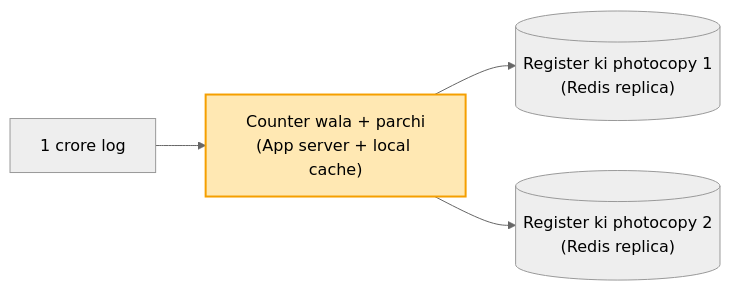
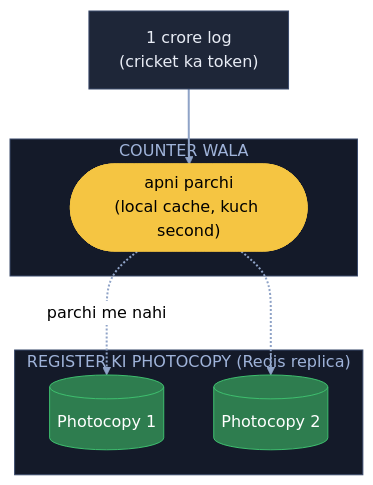
Before and after one commit to ArpanMaheshwari144/Prep: diagram 11 of 13 in 04_HLD/SYSTEM_DESIGNS/01_url_shortener/01_url_shortener.md, drawn with Mermaid (neutral theme). The commit also changed other lines of this file, not shown here.

Commit message:
URL shortener: 13 diagram YouTube (reel) wale card andaaz me

````diff
--- a/04_HLD/SYSTEM_DESIGNS/01_url_shortener/01_url_shortener.md
+++ b/04_HLD/SYSTEM_DESIGNS/01_url_shortener/01_url_shortener.md
@@ -231,7 +345,21 @@
 ```mermaid
-flowchart LR
-    U["1 crore log"] --> C["Counter wala + parchi<br/>(App server + local cache)"]
-    C --> R1[("Register ki photocopy 1<br/>(Redis replica)")]
-    C --> R2[("Register ki photocopy 2<br/>(Redis replica)")]
-    style C fill:#ffe8b3,stroke:#f59f00,stroke-width:2px,color:#000
+flowchart TB
+    U["1 crore log<br/>(cricket ka token)"]:::card
+    subgraph C["COUNTER WALA"]
+        P(["apni parchi<br/>(local cache, kuch second)"]):::pill
+    end
+    subgraph RP["REGISTER KI PHOTOCOPY (Redis replica)"]
+        R1[("Photocopy 1")]:::good
+        R2[("Photocopy 2")]:::good
+    end
+    U --> P
+    P -. "parchi me nahi" .-> R1
+    P -.-> R2
+    linkStyle default stroke:#8fa3c7,stroke-width:2px
+    classDef card fill:#1e2638,stroke:#3a4a6b,color:#e8ecf5
+    classDef pill fill:#f5c542,stroke:#f5c542,color:#000
+    classDef good fill:#2e7d4f,stroke:#3fbf6f,color:#fff
+    classDef bad fill:#5c1f24,stroke:#e05561,color:#fff
+    style C fill:#141a29,stroke:#3a4a6b,color:#9fb3d9
+    style RP fill:#141a29,stroke:#3a4a6b,color:#9fb3d9
 ```
````
